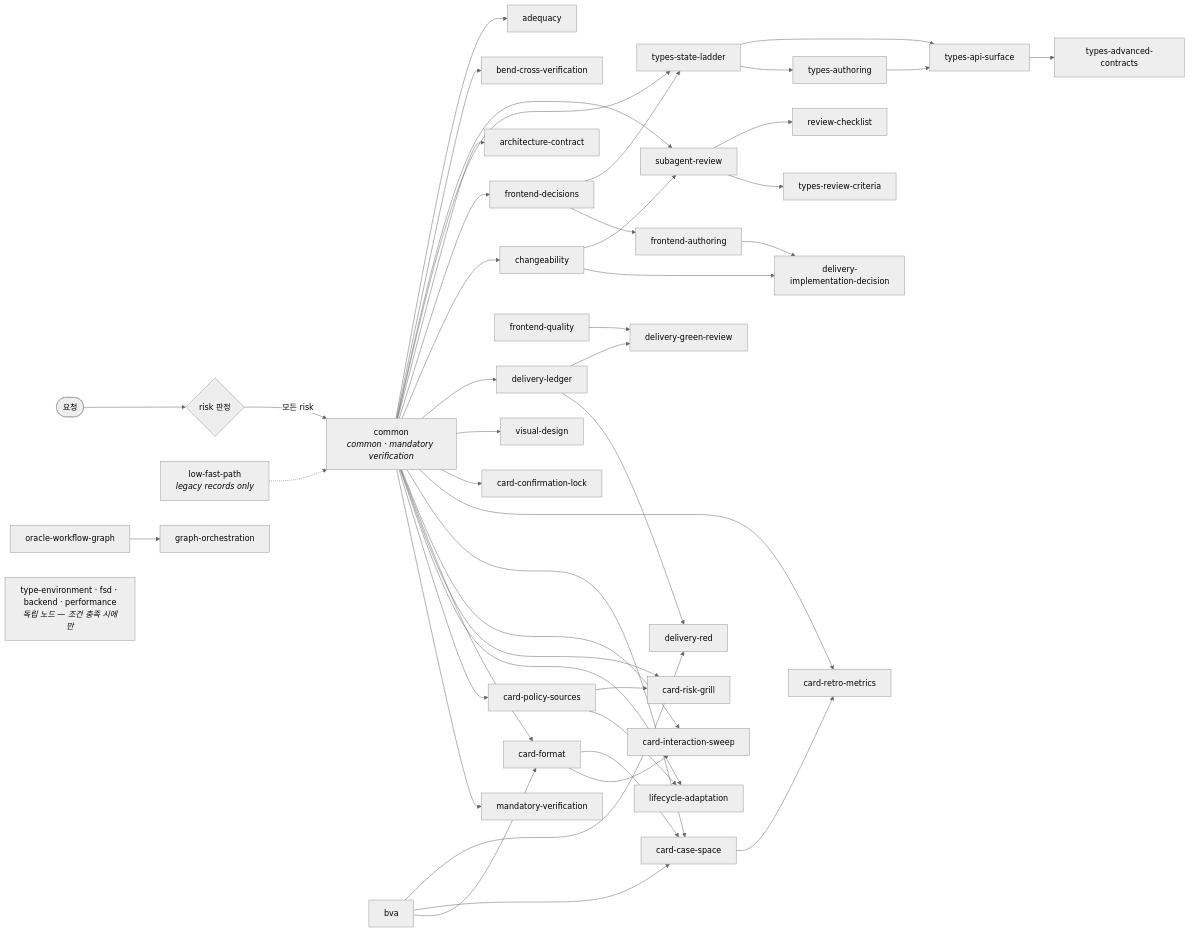
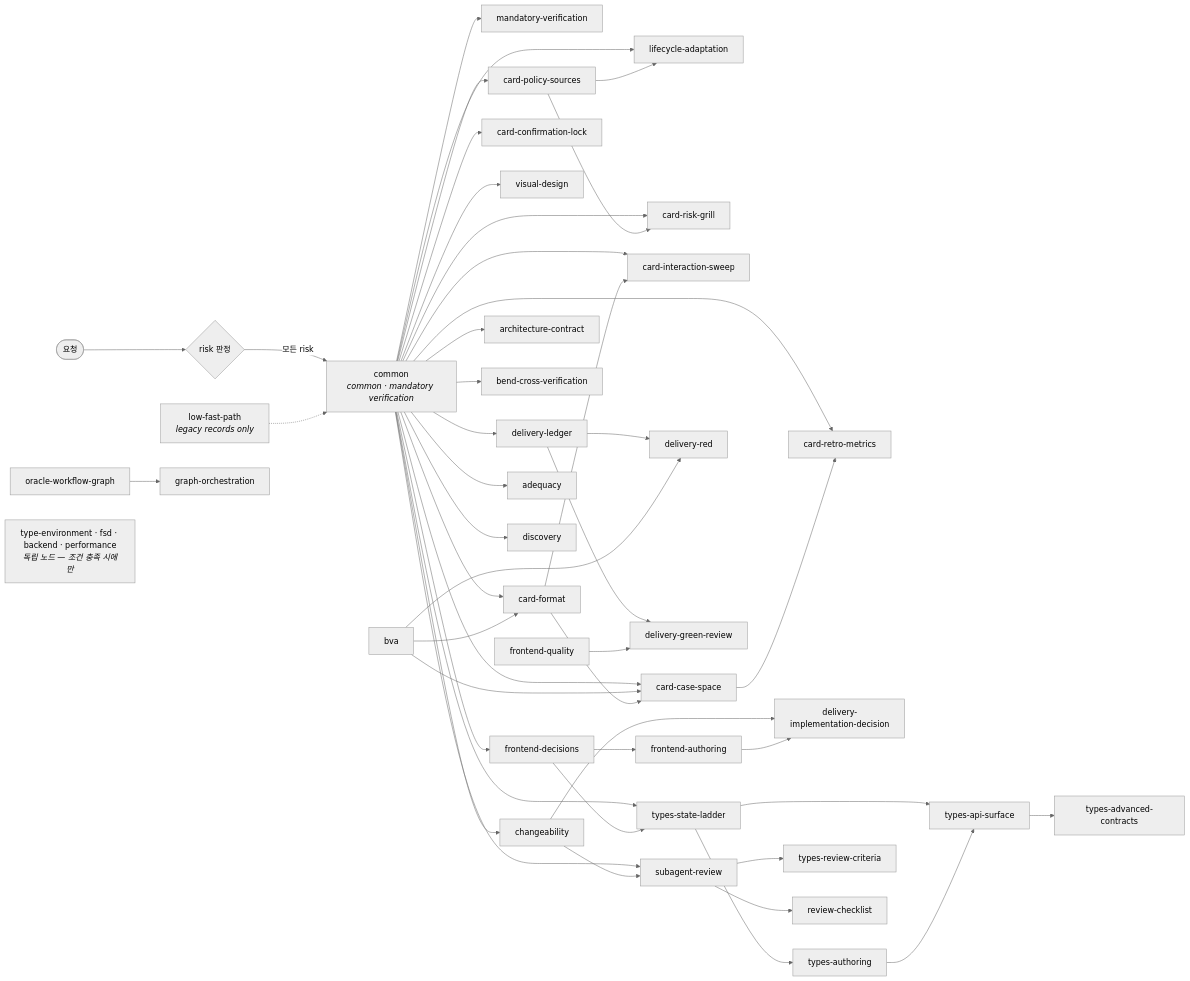
Before and after one commit to lodado/shareds: the second of 2 diagrams in packages/frontend-oracle-design/skills/README.md, drawn with Mermaid (neutral theme). The commit also changed 55 other files, not shown here.

````diff
--- a/packages/frontend-oracle-design/skills/README.md
+++ b/packages/frontend-oracle-design/skills/README.md
@@ -151,78 +151,79 @@
 ```mermaid
 flowchart LR
   START(["요청"]) --> RISK{"risk 판정"}
   RISK -->|"모든 risk"| common["common<br/><i>common · mandatory verification</i>"]
   LEGACY["low-fast-path<br/><i>legacy records only</i>"] -.-> common
 
   mandatory_verification["mandatory-verification"]
   card_policy_sources["card-policy-sources"]
   lifecycle_adaptation["lifecycle-adaptation"]
   card_risk_grill["card-risk-grill"]
   card_format["card-format"]
   card_interaction_sweep["card-interaction-sweep"]
   card_case_space["card-case-space"]
   card_retro_metrics["card-retro-metrics"]
   card_confirmation_lock["card-confirmation-lock"]
   visual_design["visual-design"]
   delivery_ledger["delivery-ledger"]
   delivery_red["delivery-red"]
   delivery_implementation_decision["delivery-implementation-decision"]
   delivery_green_review["delivery-green-review"]
   frontend_decisions["frontend-decisions"]
   frontend_authoring["frontend-authoring"]
   frontend_quality["frontend-quality"]
   architecture_contract["architecture-contract"]
   types_state_ladder["types-state-ladder"]
   types_authoring["types-authoring"]
   types_api_surface["types-api-surface"]
   types_advanced_contracts["types-advanced-contracts"]
   types_review_criteria["types-review-criteria"]
   subagent_review["subagent-review"]
   review_checklist["review-checklist"]
   graph_orchestration["graph-orchestration"]
   bend_cross_verification["bend-cross-verification"]
   oracle_workflow_graph["oracle-workflow-graph"]
 
   common --> mandatory_verification
   common --> card_policy_sources
   common --> lifecycle_adaptation
   card_policy_sources --> lifecycle_adaptation
   common --> card_risk_grill
   card_policy_sources --> card_risk_grill
   common --> card_format
   bva --> card_format
   common --> card_interaction_sweep
   card_format --> card_interaction_sweep
   common --> card_case_space
   bva --> card_case_space
   card_format --> card_case_space
   common --> card_retro_metrics
   card_case_space --> card_retro_metrics
   common --> card_confirmation_lock
   common --> visual_design
   common --> delivery_ledger
   delivery_ledger --> delivery_red
   bva --> delivery_red
   changeability --> delivery_implementation_decision
   frontend_authoring --> delivery_implementation_decision
   delivery_ledger --> delivery_green_review
   frontend_quality --> delivery_green_review
   common --> changeability
   common --> frontend_decisions
   frontend_decisions --> frontend_authoring
   common --> architecture_contract
   common --> types_state_ladder
   frontend_decisions --> types_state_ladder
   types_state_ladder --> types_authoring
   types_state_ladder --> types_api_surface
   types_authoring --> types_api_surface
   types_api_surface --> types_advanced_contracts
   subagent_review --> types_review_criteria
   common --> subagent_review
   changeability --> subagent_review
   subagent_review --> review_checklist
   oracle_workflow_graph --> graph_orchestration
   common --> bend_cross_verification
   common --> adequacy
+  common --> discovery
   IND["type-environment · fsd · backend · performance<br/><i>독립 노드 — 조건 충족 시에만</i>"]
 ```
````
